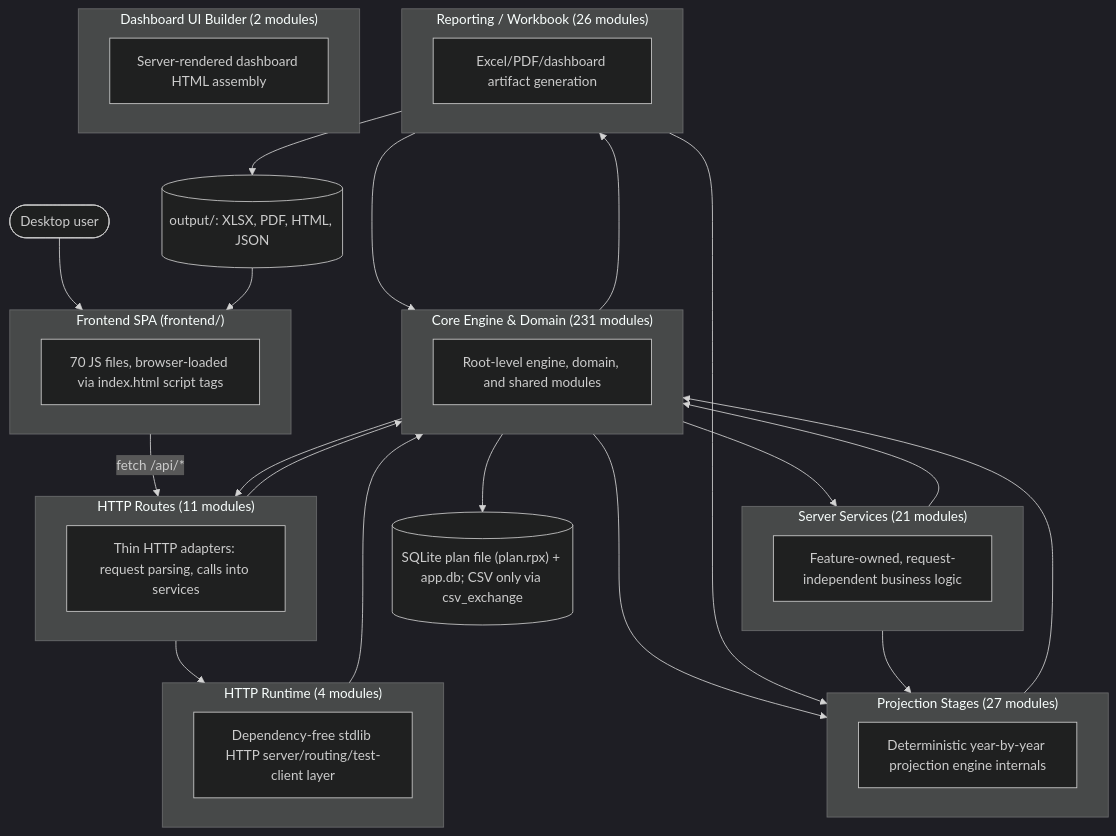
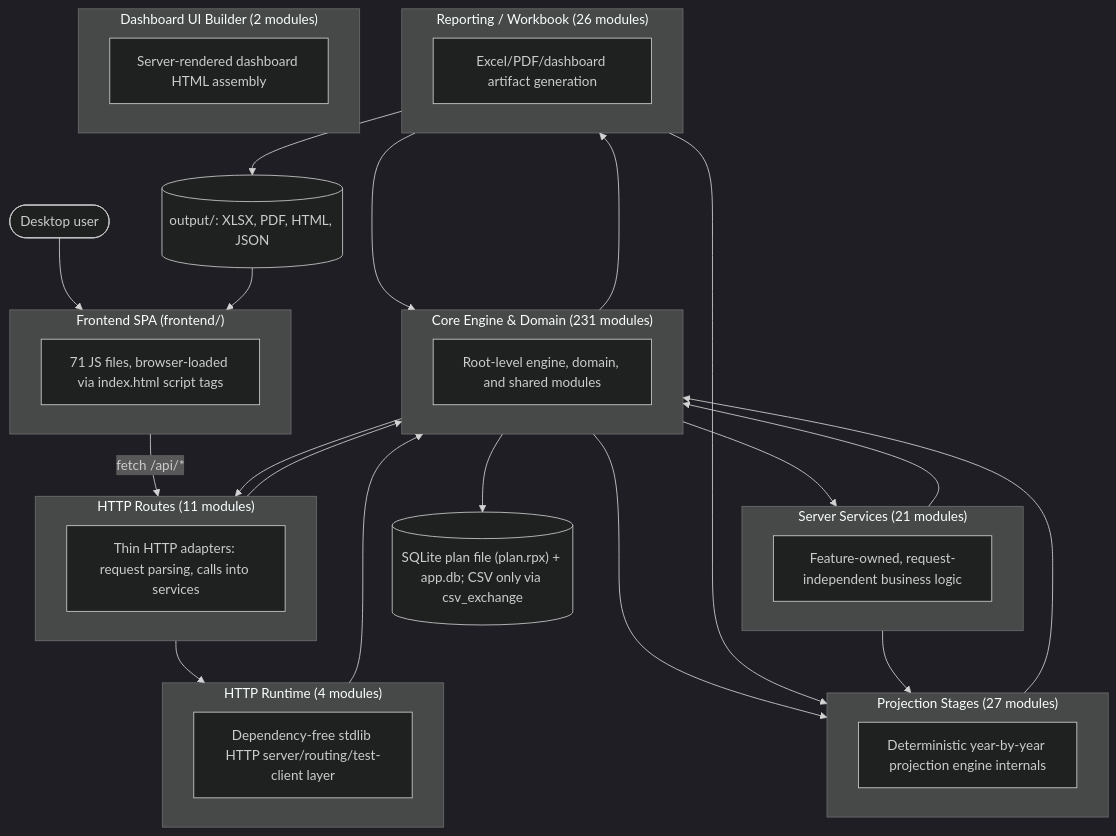
The first of 2 diagrams in documentation/reference/SYSTEM_ARCHITECTURE_DIAGRAM.md (matthartzman/retirement_system), drawn with Mermaid (dark theme) before and after one commit. The commit also changed other lines of this file and 10 other files, not shown here.

````diff
--- a/documentation/reference/SYSTEM_ARCHITECTURE_DIAGRAM.md
+++ b/documentation/reference/SYSTEM_ARCHITECTURE_DIAGRAM.md
@@ -11,44 +11,44 @@
 ```mermaid
 flowchart TB
     User(["Desktop user"]) --> FE
     subgraph FE["Frontend SPA (frontend/)"]
-        FEcount["70 JS files, browser-loaded via index.html script tags"]
+        FEcount["71 JS files, browser-loaded via index.html script tags"]
     end
     FE -->|fetch /api/*| L_HTTP_Routes
     subgraph L_HTTP_Routes["HTTP Routes (11 modules)"]
         L_HTTP_Routes_d["Thin HTTP adapters: request parsing, calls into services"]
     end
     subgraph L_Server_Services["Server Services (21 modules)"]
         L_Server_Services_d["Feature-owned, request-independent business logic"]
     end
     subgraph L_HTTP_Runtime["HTTP Runtime (4 modules)"]
         L_HTTP_Runtime_d["Dependency-free stdlib HTTP server/routing/test-client layer"]
     end
     subgraph L_Core_Engine___Domain["Core Engine & Domain (231 modules)"]
         L_Core_Engine___Domain_d["Root-level engine, domain, and shared modules"]
     end
     subgraph L_Projection_Stages["Projection Stages (27 modules)"]
         L_Projection_Stages_d["Deterministic year-by-year projection engine internals"]
     end
     subgraph L_Reporting___Workbook["Reporting / Workbook (26 modules)"]
         L_Reporting___Workbook_d["Excel/PDF/dashboard artifact generation"]
     end
     subgraph L_Dashboard_UI_Builder["Dashboard UI Builder (2 modules)"]
         L_Dashboard_UI_Builder_d["Server-rendered dashboard HTML assembly"]
     end
     L_Core_Engine___Domain --> L_HTTP_Routes
     L_Core_Engine___Domain --> L_Projection_Stages
     L_Core_Engine___Domain --> L_Reporting___Workbook
     L_Core_Engine___Domain --> L_Server_Services
     L_HTTP_Routes --> L_Core_Engine___Domain
     L_HTTP_Routes --> L_HTTP_Runtime
     L_HTTP_Runtime --> L_Core_Engine___Domain
     L_Projection_Stages --> L_Core_Engine___Domain
     L_Reporting___Workbook --> L_Core_Engine___Domain
     L_Reporting___Workbook --> L_Projection_Stages
     L_Server_Services --> L_Core_Engine___Domain
     L_Server_Services --> L_Projection_Stages
     L_Core_Engine___Domain --> DB[("SQLite plan file (plan.rpx) + app.db; CSV only via csv_exchange")]
     L_Reporting___Workbook --> Outputs[("output/: XLSX, PDF, HTML, JSON")]
     Outputs --> FE
 ```
````
